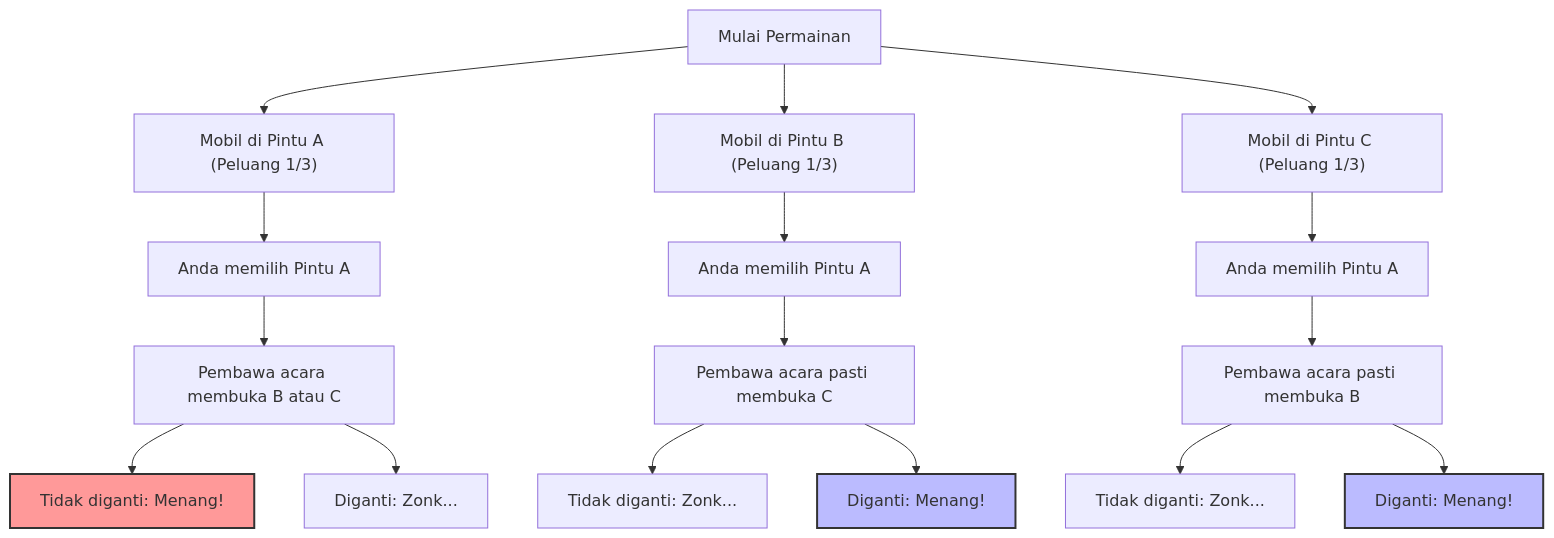
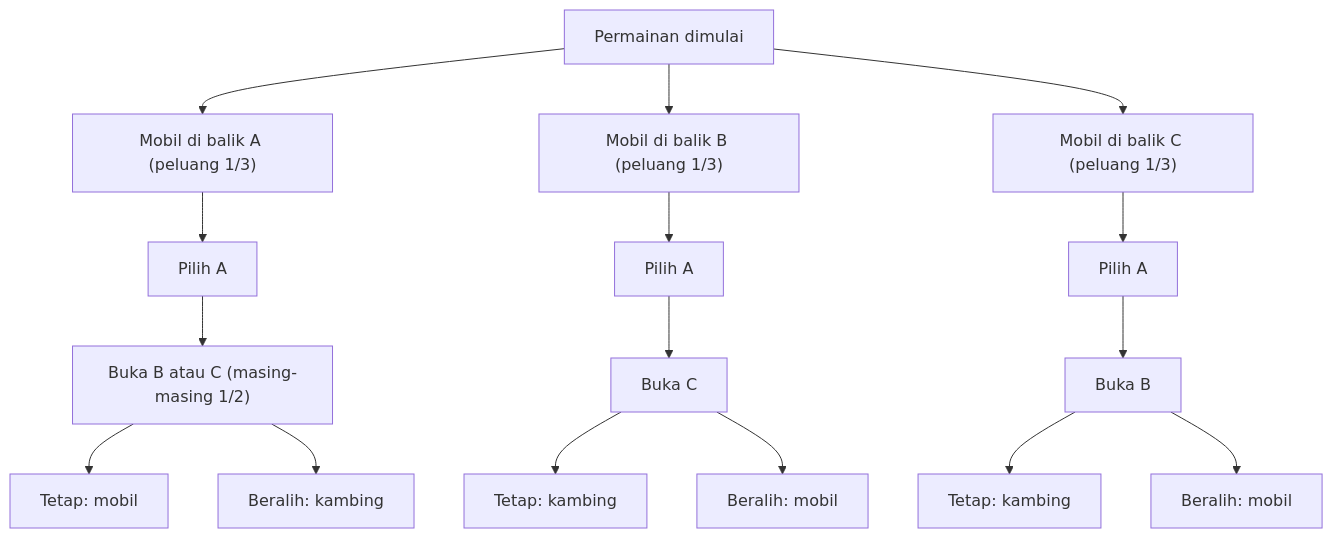
One commit to kenjinote/blog changed the first of 2 diagrams in content/post/モンティ・ホール問題/index.id.md. Above: the diagram before and after it, drawn with Mermaid. The commit also changed other lines of this file and 8 other files, not shown here.

````diff
--- a/content/post/モンティ・ホール問題/index.id.md
+++ b/content/post/モンティ・ホール問題/index.id.md
@@ -44,27 +52,18 @@
 ```mermaid
 graph TD
-    Start["Mulai Permainan"] --> CarA["Mobil di Pintu A (Peluang 1/3)"]
-    Start --> CarB["Mobil di Pintu B (Peluang 1/3)"]
-    Start --> CarC["Mobil di Pintu C (Peluang 1/3)"]
-
-    CarA --> PickA1["Anda memilih Pintu A"]
-    CarB --> PickA2["Anda memilih Pintu A"]
-    CarC --> PickA3["Anda memilih Pintu A"]
-
-    PickA1 --> HostB_or_C["Pembawa acara membuka B atau C"]
-    PickA2 --> HostC["Pembawa acara pasti membuka C"]
-    PickA3 --> HostB["Pembawa acara pasti membuka B"]
-
-    HostB_or_C --> Stay1["Tidak diganti: Menang!"]
-    HostB_or_C --> Switch1["Diganti: Zonk..."]
-
-    HostC --> Stay2["Tidak diganti: Zonk..."]
-    HostC --> Switch2["Diganti: Menang!"]
-
-    HostB --> Stay3["Tidak diganti: Zonk..."]
-    HostB --> Switch3["Diganti: Menang!"]
-
-    style Switch2 fill:#bbf,stroke:#333,stroke-width:2px
-    style Switch3 fill:#bbf,stroke:#333,stroke-width:2px
-    style Stay1 fill:#f99,stroke:#333,stroke-width:2px
+    Start["Permainan dimulai"] --> CarA["Mobil di balik A (peluang 1/3)"]
+    Start --> CarB["Mobil di balik B (peluang 1/3)"]
+    Start --> CarC["Mobil di balik C (peluang 1/3)"]
+    CarA --> PickA1["Pilih A"]
+    CarB --> PickA2["Pilih A"]
+    CarC --> PickA3["Pilih A"]
+    PickA1 --> HostB_or_C["Buka B atau C (masing-masing 1/2)"]
+    PickA2 --> HostC["Buka C"]
+    PickA3 --> HostB["Buka B"]
+    HostB_or_C --> Stay1["Tetap: mobil"]
+    HostB_or_C --> Switch1["Beralih: kambing"]
+    HostC --> Stay2["Tetap: kambing"]
+    HostC --> Switch2["Beralih: mobil"]
+    HostB --> Stay3["Tetap: kambing"]
+    HostB --> Switch3["Beralih: mobil"]
 ```
````
